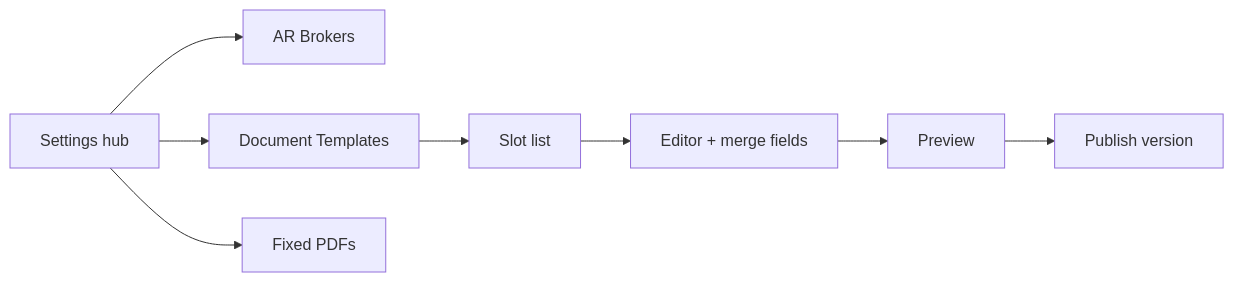
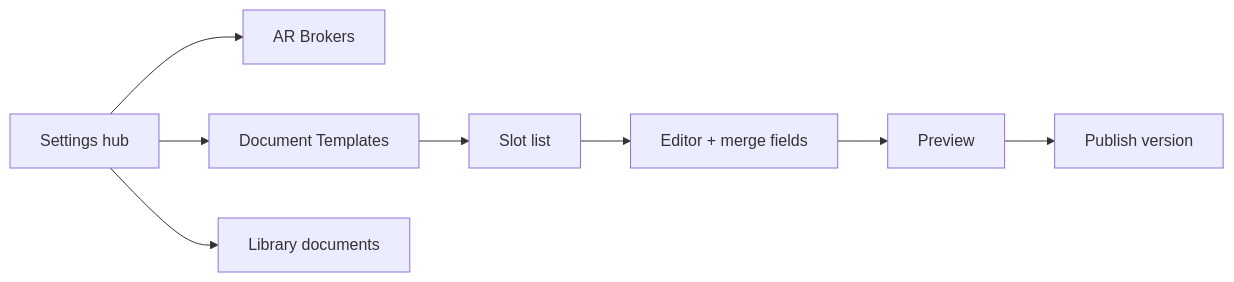
Diagram 11 of 11 in CAR_INSURANCE_UI_FLOW.md (zhex900/irecon-insurance-app), drawn with Mermaid before and after one commit. The commit also changed other lines of this file and 34 other files, not shown here.

Commit message:
update db schema

````diff
--- a/CAR_INSURANCE_UI_FLOW.md
+++ b/CAR_INSURANCE_UI_FLOW.md
@@ -586,10 +586,10 @@
 ```mermaid
 flowchart LR
   HUB[Settings hub] --> AR[AR Brokers]
   HUB --> TPL[Document Templates]
-  HUB --> FIX[Fixed PDFs]
+  HUB --> FIX[Library documents]
   TPL --> SLOT[Slot list]
   SLOT --> EDIT[Editor + merge fields]
   EDIT --> PREV[Preview]
   PREV --> PUB[Publish version]
 ```
````
